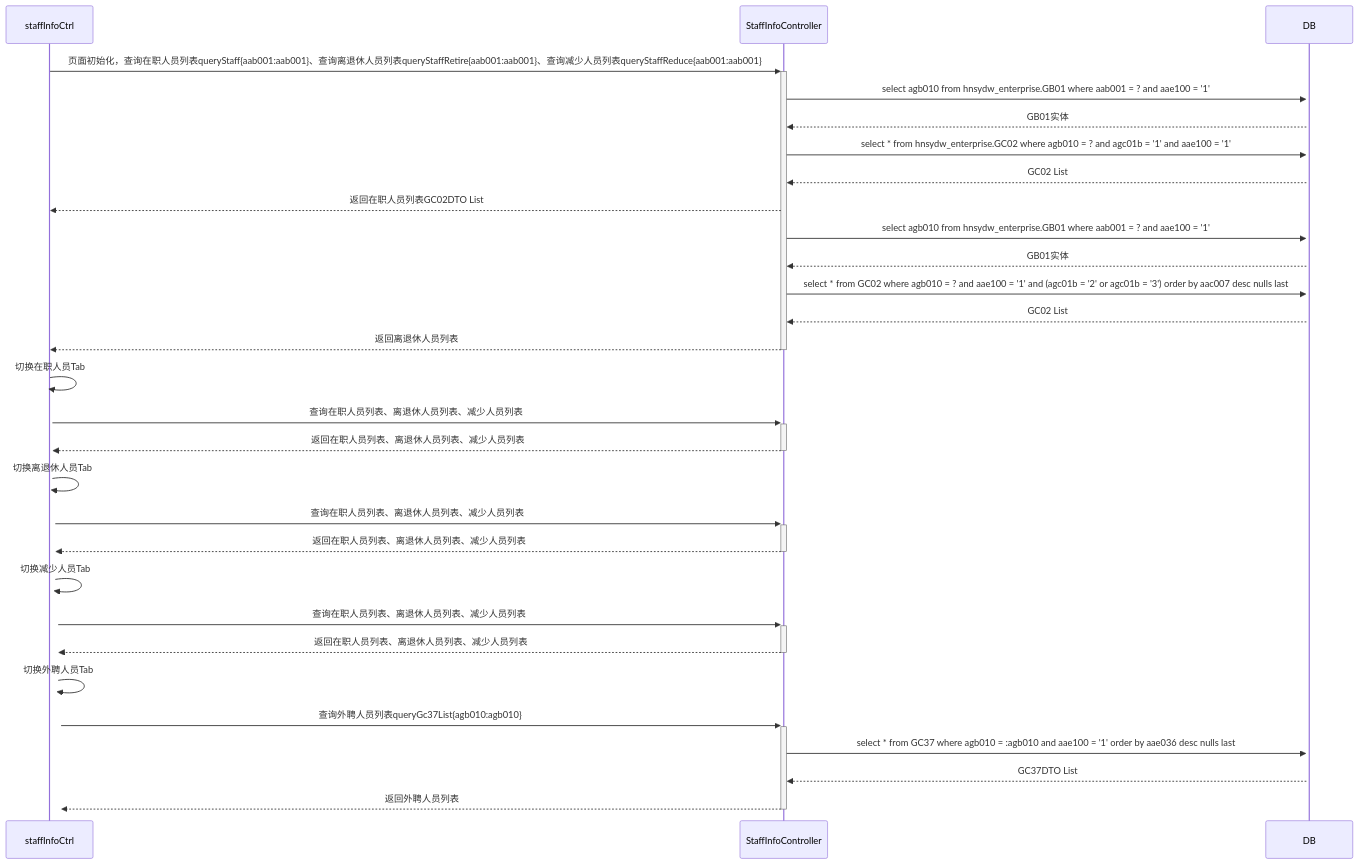
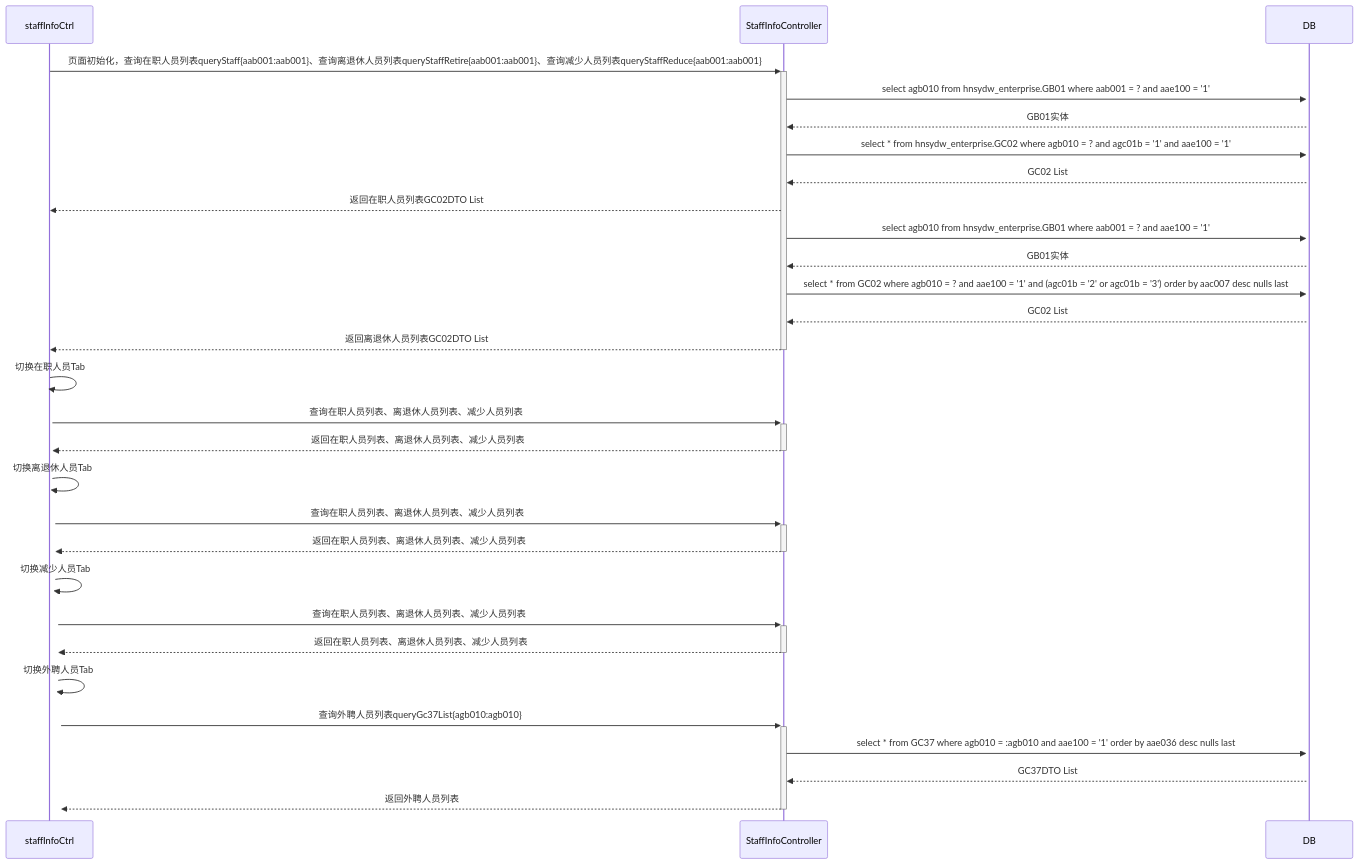
One commit to ZhangJianBeiJing/iodraw-files changed the diagram in all/人员基本信息初始化页面多Tab调用业务流程.md. Above: the diagram before and after it, drawn with Mermaid.

Commit message:
2025-03-25 10:51:17 update

````diff
--- a/all/人员基本信息初始化页面多Tab调用业务流程.md
+++ b/all/人员基本信息初始化页面多Tab调用业务流程.md
@@ -1,30 +1,33 @@
 ```mermaid
 sequenceDiagram
     staffInfoCtrl->>+StaffInfoController: 页面初始化，查询在职人员列表queryStaff{aab001:aab001}、查询离退休人员列表queryStaffRetire{aab001:aab001}、查询减少人员列表queryStaffReduce{aab001:aab001}
     
     StaffInfoController->>+DB:select agb010 from hnsydw_enterprise.GB01 where aab001 = ? and aae100 = '1'
     DB-->>StaffInfoController:GB01实体
     StaffInfoController->>+DB:select * from hnsydw_enterprise.GC02 where agb010 = ? and agc01b = '1' and aae100 = '1'
     DB-->>StaffInfoController:GC02 List
     StaffInfoController-->>staffInfoCtrl:返回在职人员列表GC02DTO List
     
     StaffInfoController->>+DB:select agb010 from hnsydw_enterprise.GB01 where aab001 = ? and aae100 = '1'
     DB-->>StaffInfoController:GB01实体
     StaffInfoController->>+DB:select * from GC02 where agb010 = ? and aae100 = '1' and (agc01b = '2' or agc01b = '3') order by aac007 desc nulls last 
     DB-->>StaffInfoController:GC02 List
-    StaffInfoController-->>-staffInfoCtrl:返回离退休人员列表
+    StaffInfoController-->>-staffInfoCtrl:返回离退休人员列表GC02DTO List
+
+
+    
     staffInfoCtrl->>+staffInfoCtrl:切换在职人员Tab
     staffInfoCtrl->>+StaffInfoController:查询在职人员列表、离退休人员列表、减少人员列表
     StaffInfoController-->>-staffInfoCtrl:返回在职人员列表、离退休人员列表、减少人员列表
     staffInfoCtrl->>+staffInfoCtrl:切换离退休人员Tab
     staffInfoCtrl->>+StaffInfoController:查询在职人员列表、离退休人员列表、减少人员列表
     StaffInfoController-->>-staffInfoCtrl:返回在职人员列表、离退休人员列表、减少人员列表
     staffInfoCtrl->>+staffInfoCtrl:切换减少人员Tab
     staffInfoCtrl->>+StaffInfoController:查询在职人员列表、离退休人员列表、减少人员列表
     StaffInfoController-->>-staffInfoCtrl:返回在职人员列表、离退休人员列表、减少人员列表
     staffInfoCtrl->>+staffInfoCtrl:切换外聘人员Tab
     staffInfoCtrl->>+StaffInfoController:查询外聘人员列表queryGc37List{agb010:agb010}
     StaffInfoController->>+DB:select * from GC37 where agb010 = :agb010 and aae100 = '1' order by aae036 desc nulls last
     DB-->>StaffInfoController:GC37DTO List 
     StaffInfoController-->>-staffInfoCtrl:返回外聘人员列表
 ```
````
